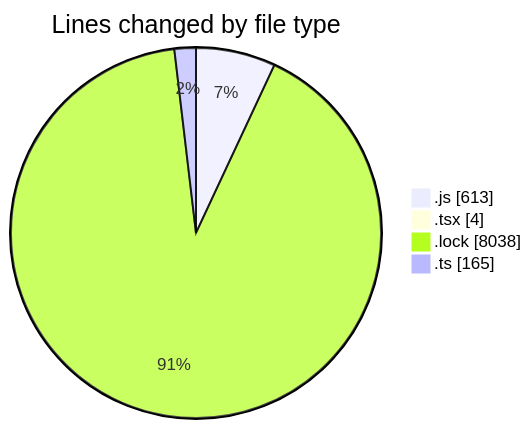
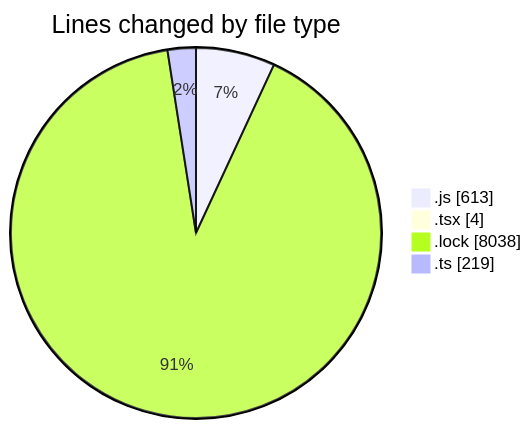
One commit to momahboobian/code-tracking changed the first of 2 diagrams in 2025-03-11/cda/README.md. Above: the diagram before and after it, drawn with Mermaid. The commit also changed other lines of this file and 1 other file, not shown here.

````diff
--- a/2025-03-11/cda/README.md
+++ b/2025-03-11/cda/README.md
@@ -31,8 +31,8 @@
 ```mermaid
 pie showData
 title Lines changed by file type
 ".js" : 613
 ".tsx" : 4
 ".lock" : 8038
-".ts" : 165
+".ts" : 219
 ```
````
